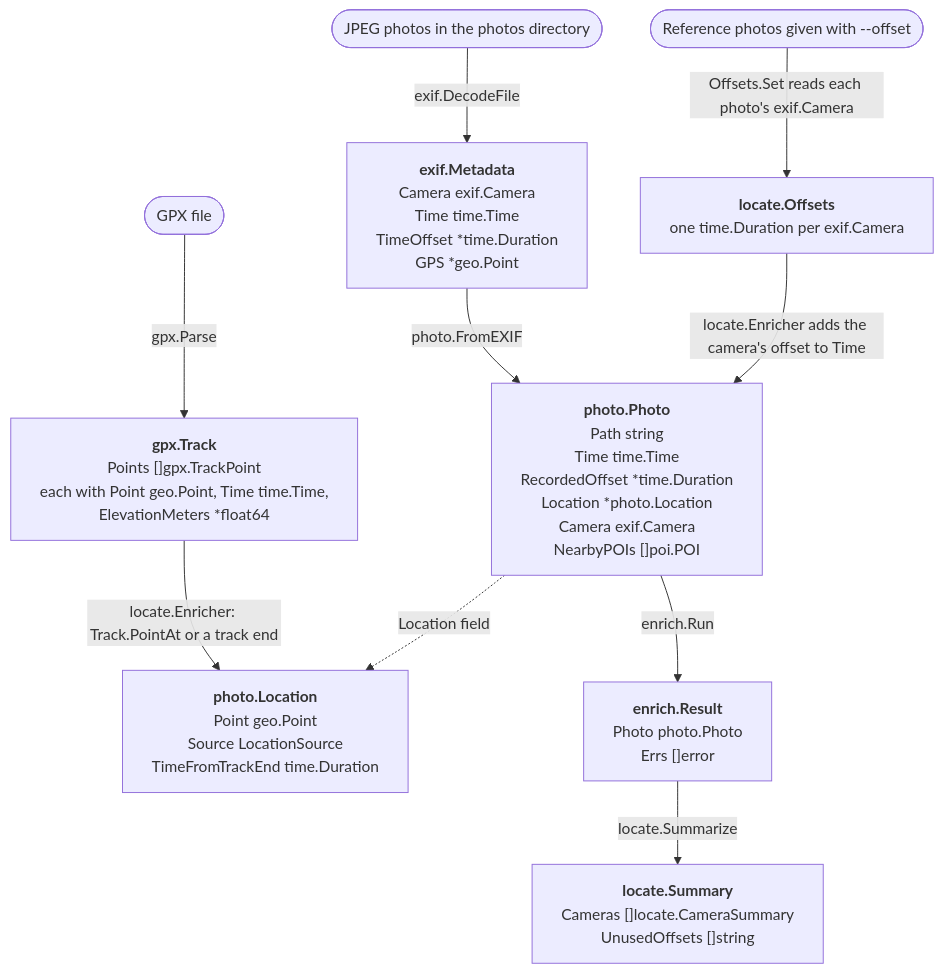
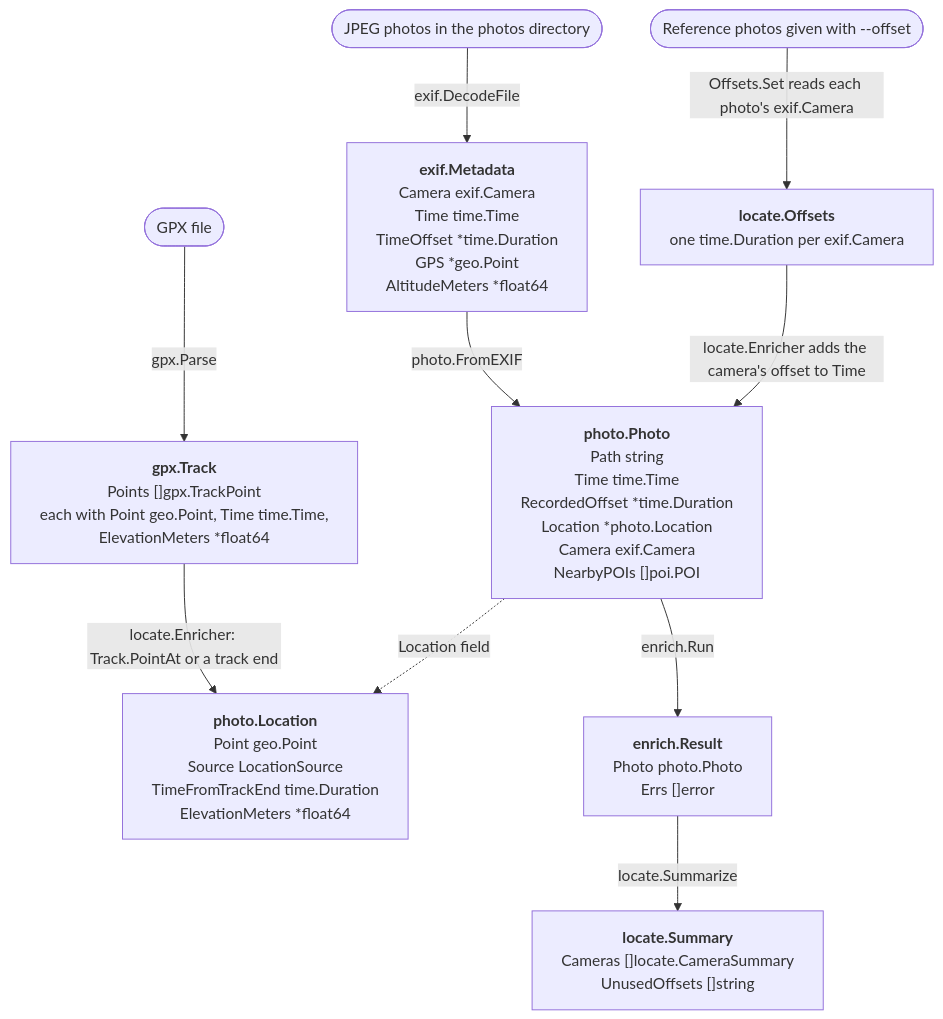
One commit to sh531/retrace changed the diagram in README.md. Above: the diagram before and after it, drawn with Mermaid. The commit also changed other lines of this file and 26 other files, not shown here.

````diff
--- a/README.md
+++ b/README.md
@@ -103,31 +124,31 @@
 ```mermaid
 ---
 config:
   flowchart:
     wrappingWidth: 400
 ---
 flowchart TD
     jpegs(["JPEG photos in the photos directory"])
     gpxFile(["GPX file"])
     refPhotos(["Reference photos given with --offset"])
 
-    Metadata["<b>exif.Metadata</b><br/>Camera exif.Camera<br/>Time time.Time<br/>TimeOffset *time.Duration<br/>GPS *geo.Point"]
+    Metadata["<b>exif.Metadata</b><br/>Camera exif.Camera<br/>Time time.Time<br/>TimeOffset *time.Duration<br/>GPS *geo.Point<br/>AltitudeMeters *float64"]
     Photo["<b>photo.Photo</b><br/>Path string<br/>Time time.Time<br/>RecordedOffset *time.Duration<br/>Location *photo.Location<br/>Camera exif.Camera<br/>NearbyPOIs []poi.POI"]
-    Location["<b>photo.Location</b><br/>Point geo.Point<br/>Source LocationSource<br/>TimeFromTrackEnd time.Duration"]
+    Location["<b>photo.Location</b><br/>Point geo.Point<br/>Source LocationSource<br/>TimeFromTrackEnd time.Duration<br/>ElevationMeters *float64"]
     Track["<b>gpx.Track</b><br/>Points []gpx.TrackPoint<br/>each with Point geo.Point, Time time.Time,<br/>ElevationMeters *float64"]
     Offsets["<b>locate.Offsets</b><br/>one time.Duration per exif.Camera"]
     Result["<b>enrich.Result</b><br/>Photo photo.Photo<br/>Errs []error"]
     Summary["<b>locate.Summary</b><br/>Cameras []locate.CameraSummary<br/>UnusedOffsets []string"]
 
     jpegs -->|exif.DecodeFile| Metadata
     Metadata -->|photo.FromEXIF| Photo
     gpxFile -->|gpx.Parse| Track
     refPhotos -->|"Offsets.Set reads each photo's exif.Camera"| Offsets
 
     Offsets -->|"locate.Enricher adds the camera's offset to Time"| Photo
     Track -->|"locate.Enricher: Track.PointAt or a track end"| Location
     Photo -.->|"Location field"| Location
 
     Photo -->|enrich.Run| Result
     Result -->|locate.Summarize| Summary
 ```
````
